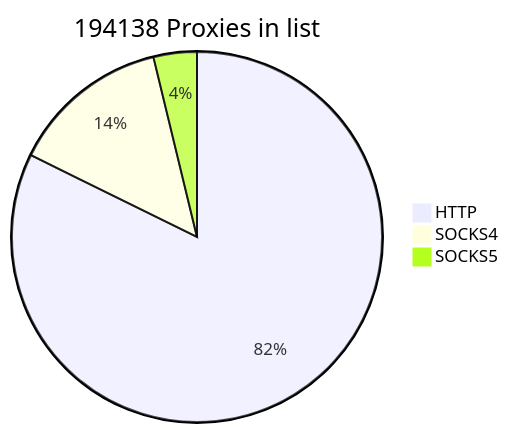
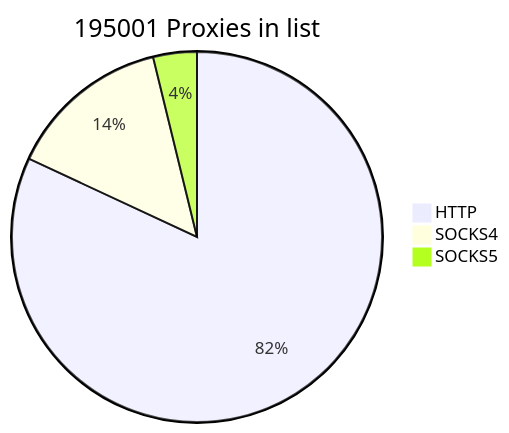
Before and after one commit to cutipu/proxylist: the first of 2 diagrams in README.md, drawn with Mermaid. The commit also changed other lines of this file, not shown here.

````diff
--- a/README.md
+++ b/README.md
@@ -2,7 +2,7 @@
 ```mermaid
-pie title 194138 Proxies in list
-    "HTTP" : 159753
-    "SOCKS4" : 27045
-    "SOCKS5" : 7340
+pie title 195001 Proxies in list
+    "HTTP" : 159779
+    "SOCKS4" : 27789
+    "SOCKS5" : 7433
             
 ```
````
